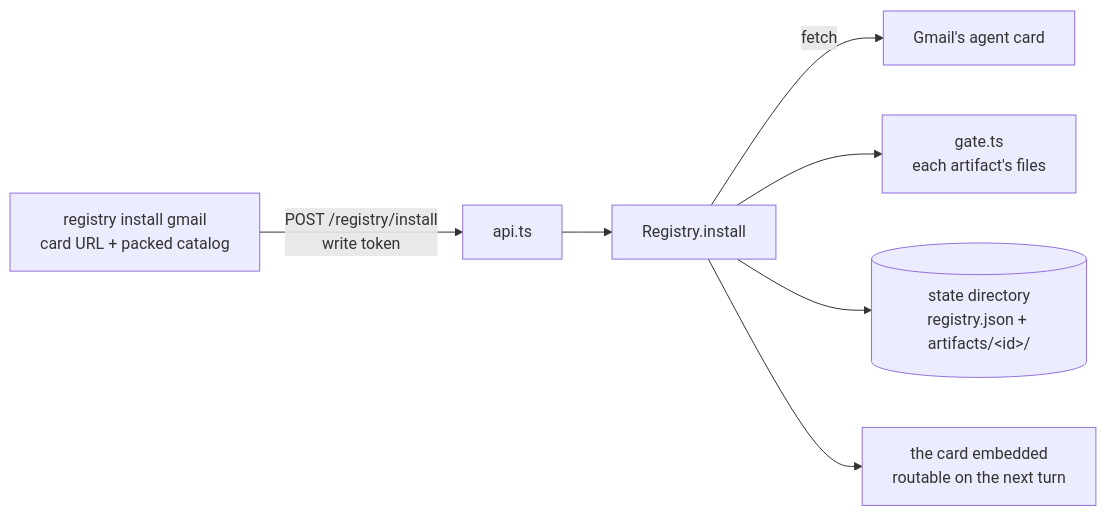
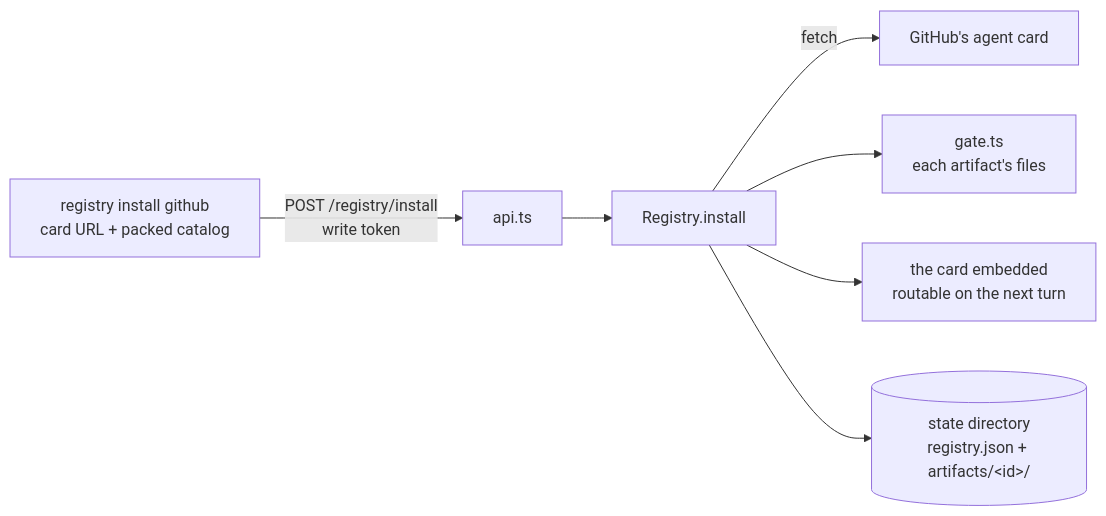
The fourth of 7 diagrams in docs/design/orchestrator.md (retz8/a2uiverse), drawn with Mermaid before and after one commit. The commit also changed other lines of this file and 4 other files, not shown here.

````diff
--- a/docs/design/orchestrator.md
+++ b/docs/design/orchestrator.md
@@ -232,9 +232,9 @@
 ```mermaid
 flowchart LR
-    CMD["registry install gmail<br/>card URL + packed catalog"] -->|POST /registry/install<br/>write token| API["api.ts"]
+    CMD["registry install github<br/>card URL + packed catalog"] -->|POST /registry/install<br/>write token| API["api.ts"]
     API --> REG["Registry.install"]
-    REG -->|fetch| CARD["Gmail's agent card"]
+    REG -->|fetch| CARD["GitHub's agent card"]
     REG --> GATE["gate.ts<br/>each artifact's files"]
+    REG --> IDX["the card embedded<br/>routable on the next turn"]
     REG --> DISK[("state directory<br/>registry.json + artifacts/&lt;id&gt;/")]
-    REG --> IDX["the card embedded<br/>routable on the next turn"]
 ```
````
